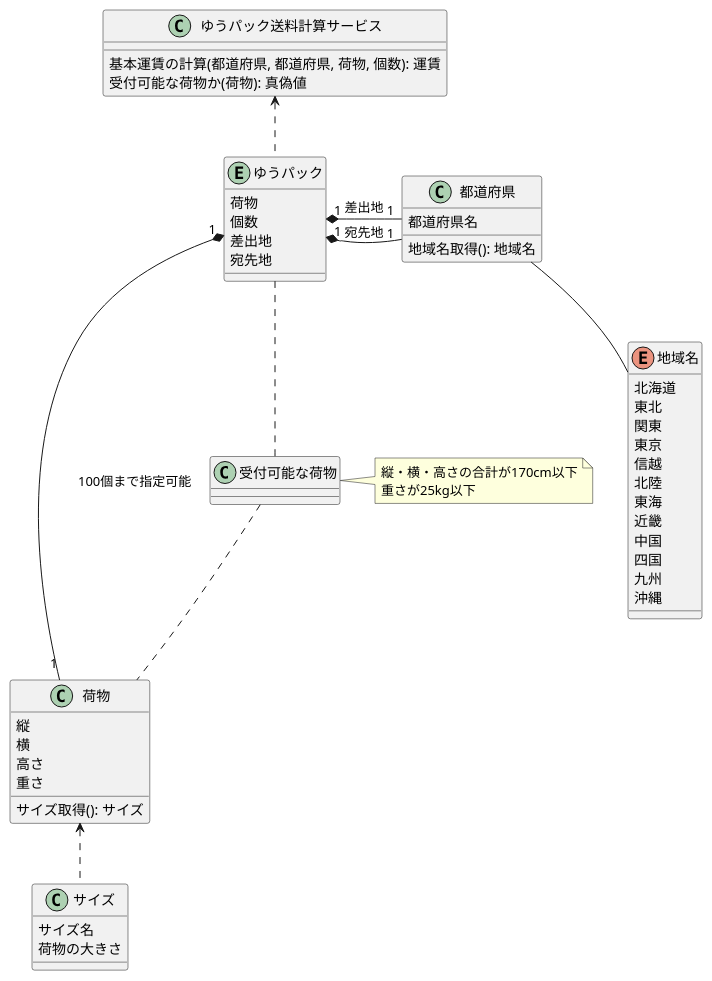
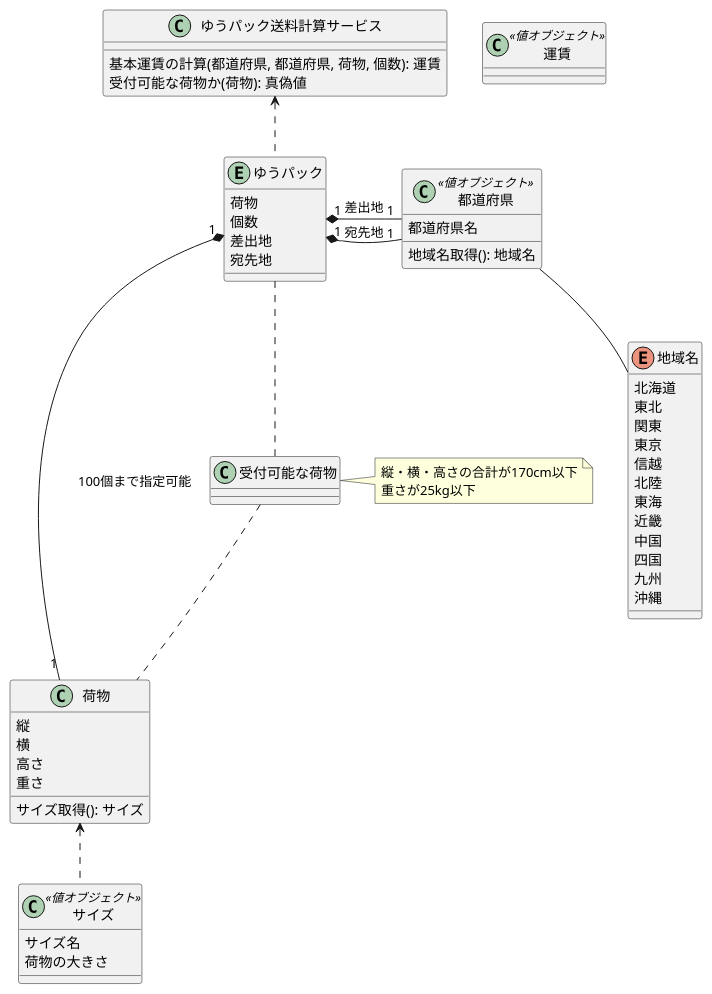
Before and after one commit to K0K1-0928/20230817_traning: the diagram in document/domain-model.pu, drawn with PlantUML.

Commit message:
値オブジェクトを分類

```diff
--- a/document/domain-model.pu
+++ b/document/domain-model.pu
@@ -1,62 +1,64 @@
 @startuml domain-model
 
 entity ゆうパック {
     荷物
     個数
     差出地
     宛先地
 }
 
 class ゆうパック送料計算サービス {
     基本運賃の計算(都道府県, 都道府県, 荷物, 個数): 運賃
     受付可能な荷物か(荷物): 真偽値
 }
 
+class 運賃 <<値オブジェクト>>
+
 class 荷物 {
     縦
     横
     高さ
     重さ
     サイズ取得(): サイズ
 }
 
-class サイズ {
+class サイズ <<値オブジェクト>> {
     サイズ名
     荷物の大きさ
 }
 
 class 受付可能な荷物
 
 note "縦・横・高さの合計が170cm以下\n重さが25kg以下" as 荷物仕様
 
-class 都道府県 {
+class 都道府県 <<値オブジェクト>> {
     都道府県名
     地域名取得(): 地域名
 }
 
 enum 地域名 {
     北海道
     東北
     関東
     東京
     信越
     北陸
     東海
     近畿
     中国
     四国
     九州
     沖縄
 }
 
 ゆうパック送料計算サービス <.. ゆうパック
 ゆうパック "1" *- "1" 荷物 : 100個まで指定可能
 荷物 <.. サイズ
 ゆうパック .. 受付可能な荷物
 受付可能な荷物 <- 荷物仕様
 受付可能な荷物 .. 荷物
 ゆうパック "1" *- "1" 都道府県 : 差出地
 ゆうパック "1" *- "1" 都道府県 : 宛先地
 都道府県 -- 地域名
 
 @enduml
```
